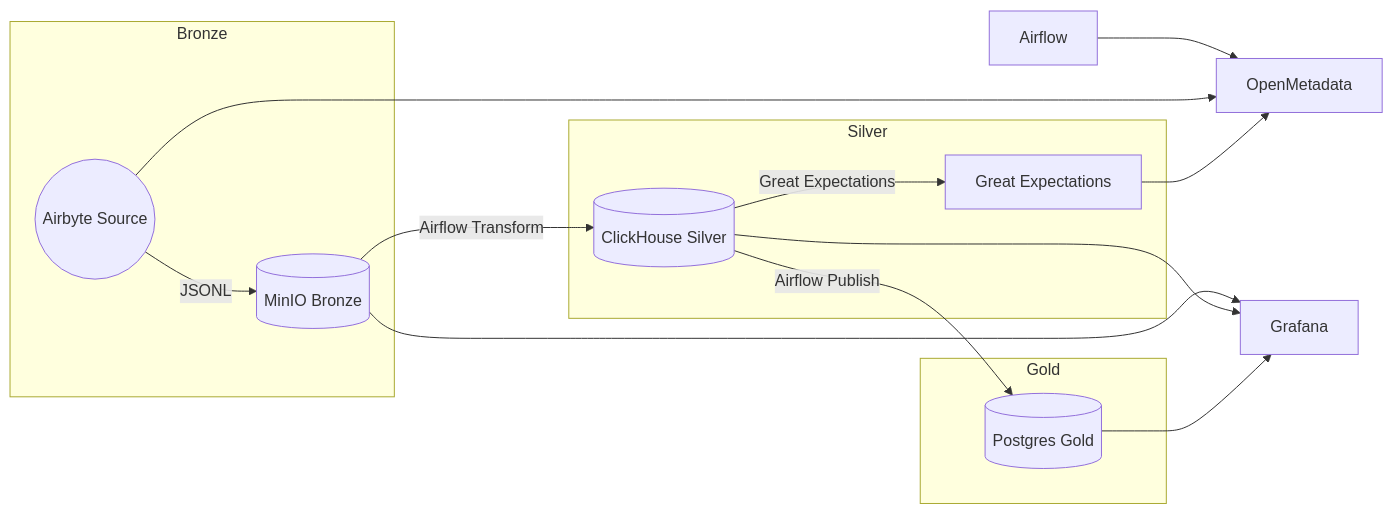
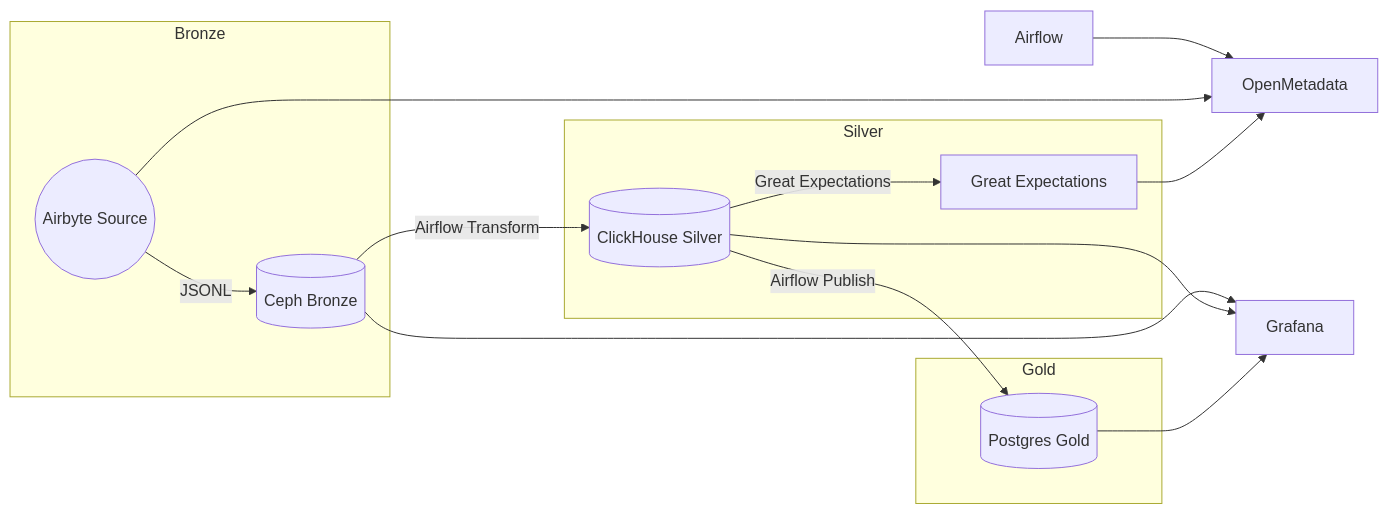
The diagram in README.md (aikirias/OneRing), drawn with Mermaid before and after one commit. The commit also changed other lines of this file and 35 other files, not shown here.

````diff
--- a/README.md
+++ b/README.md
@@ -313,19 +334,19 @@
 ```mermaid
 flowchart LR
     subgraph Bronze
-        Airbyte((Airbyte Source)) -->|JSONL| MinIO[(MinIO Bronze)]
+        Airbyte((Airbyte Source)) -->|JSONL| Ceph[(Ceph Bronze)]
     end
     subgraph Silver
-        MinIO -->|Airflow Transform| ClickHouse[(ClickHouse Silver)]
+        Ceph -->|Airflow Transform| ClickHouse[(ClickHouse Silver)]
         ClickHouse -->|Great Expectations| GE[Great Expectations]
     end
     subgraph Gold
         ClickHouse -->|Airflow Publish| Postgres[(Postgres Gold)]
     end
     Airflow --> OpenMetadata
     Airbyte --> OpenMetadata
     GE --> OpenMetadata
-    MinIO --> Grafana
+    Ceph --> Grafana
     ClickHouse --> Grafana
     Postgres --> Grafana
 ```
````
